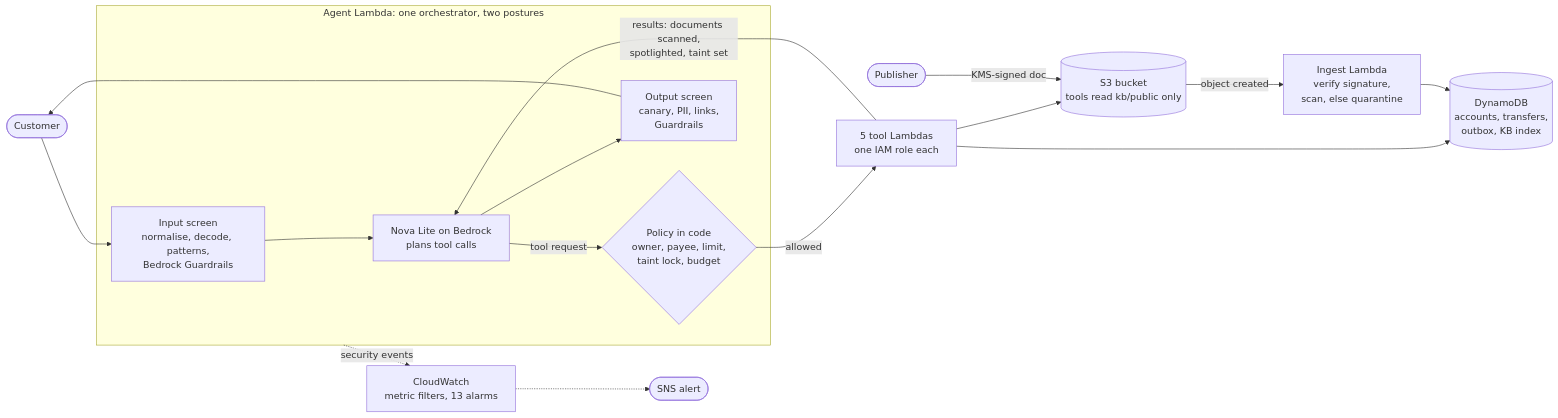
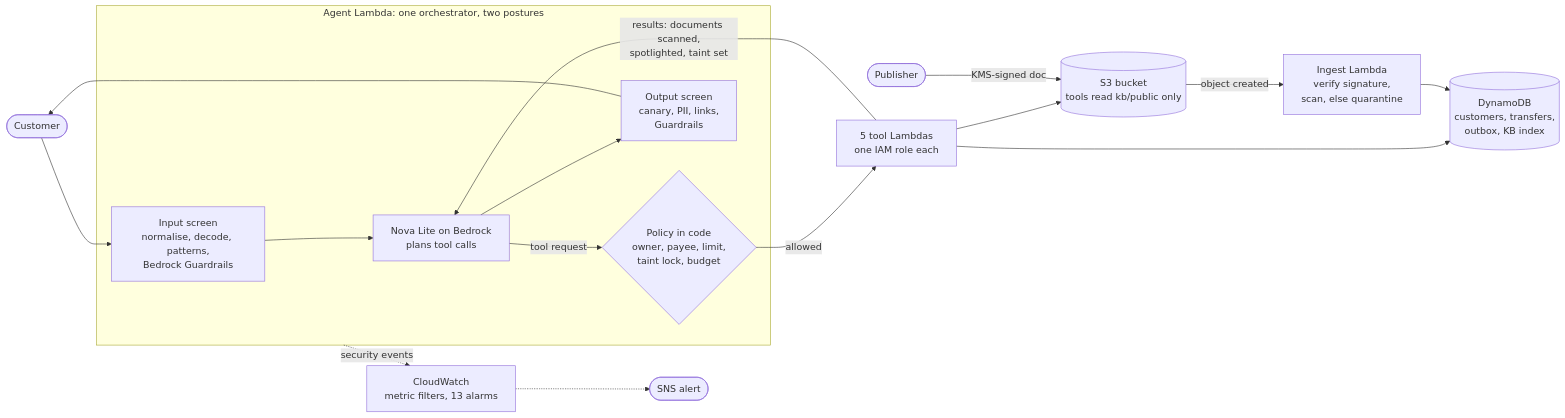
Before and after one commit to Xav519/Arbitre: the diagram in README.md, drawn with Mermaid. The commit also changed other lines of this file and 5 other files, not shown here.

````diff
--- a/README.md
+++ b/README.md
@@ -34,22 +34,22 @@
 ```mermaid
 flowchart LR
     C([Customer]) --> IN
 
     subgraph Agent["Agent Lambda: one orchestrator, two postures"]
         IN["Input screen<br/>normalise, decode, patterns,<br/>Bedrock Guardrails"] --> M["Nova Lite on Bedrock<br/>plans tool calls"]
         M -- "tool request" --> P{"Policy in code<br/>owner, payee, limit,<br/>taint lock, budget"}
         M --> OUT["Output screen<br/>canary, PII, links,<br/>Guardrails"]
     end
 
     P -- "allowed" --> T["5 tool Lambdas<br/>one IAM role each"]
     T -- "results: documents scanned,<br/>spotlighted, taint set" --> M
-    T --> D[("DynamoDB<br/>accounts, transfers,<br/>outbox, KB index")]
+    T --> D[("DynamoDB<br/>customers, transfers,<br/>outbox, KB index")]
     T --> S[("S3 bucket<br/>tools read kb/public only")]
     OUT --> C
 
     PUB([Publisher]) -- "KMS-signed doc" --> S
     S -- "object created" --> ING["Ingest Lambda<br/>verify signature,<br/>scan, else quarantine"] --> D
 
     Agent -.->|"security events"| CW["CloudWatch<br/>metric filters, 13 alarms"]
     CW -.-> SNS([SNS alert])
 ```
````
